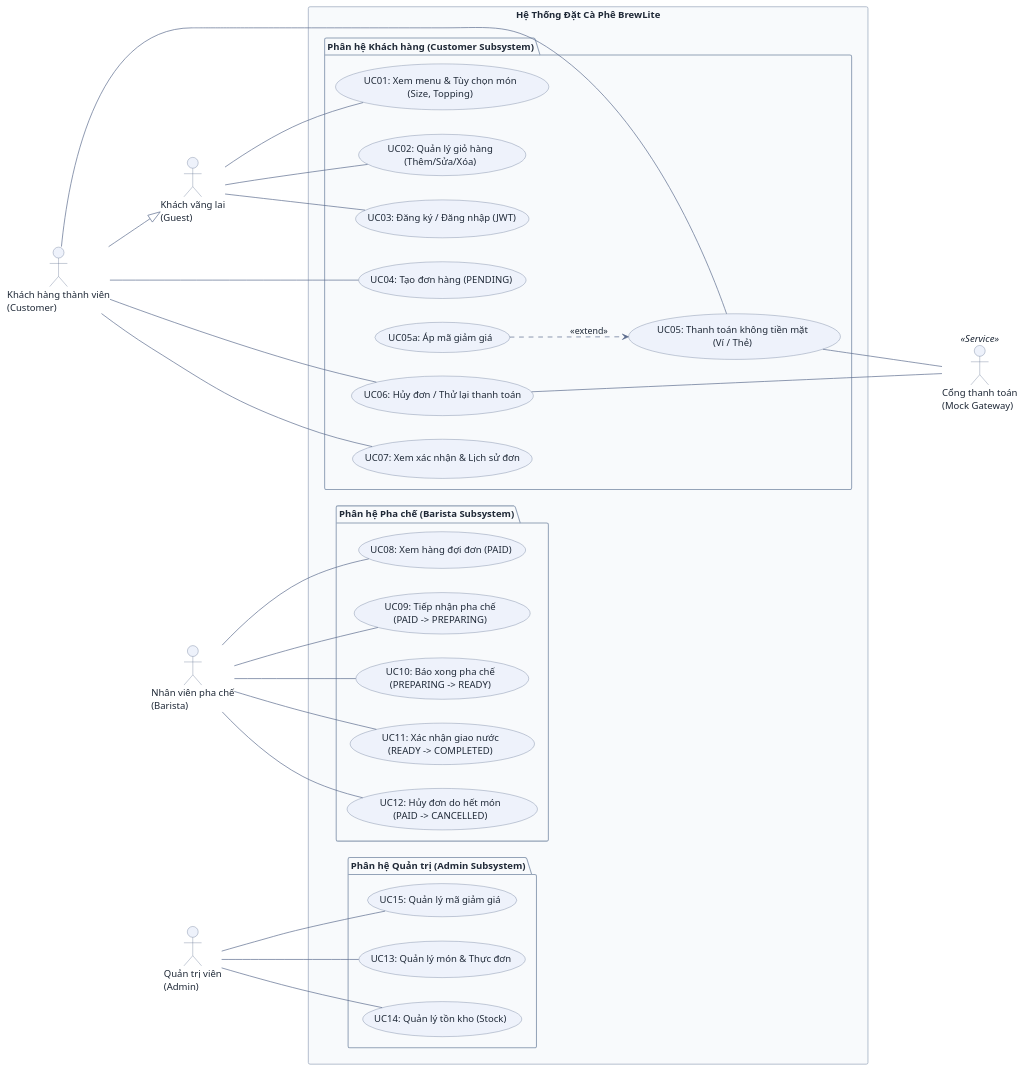
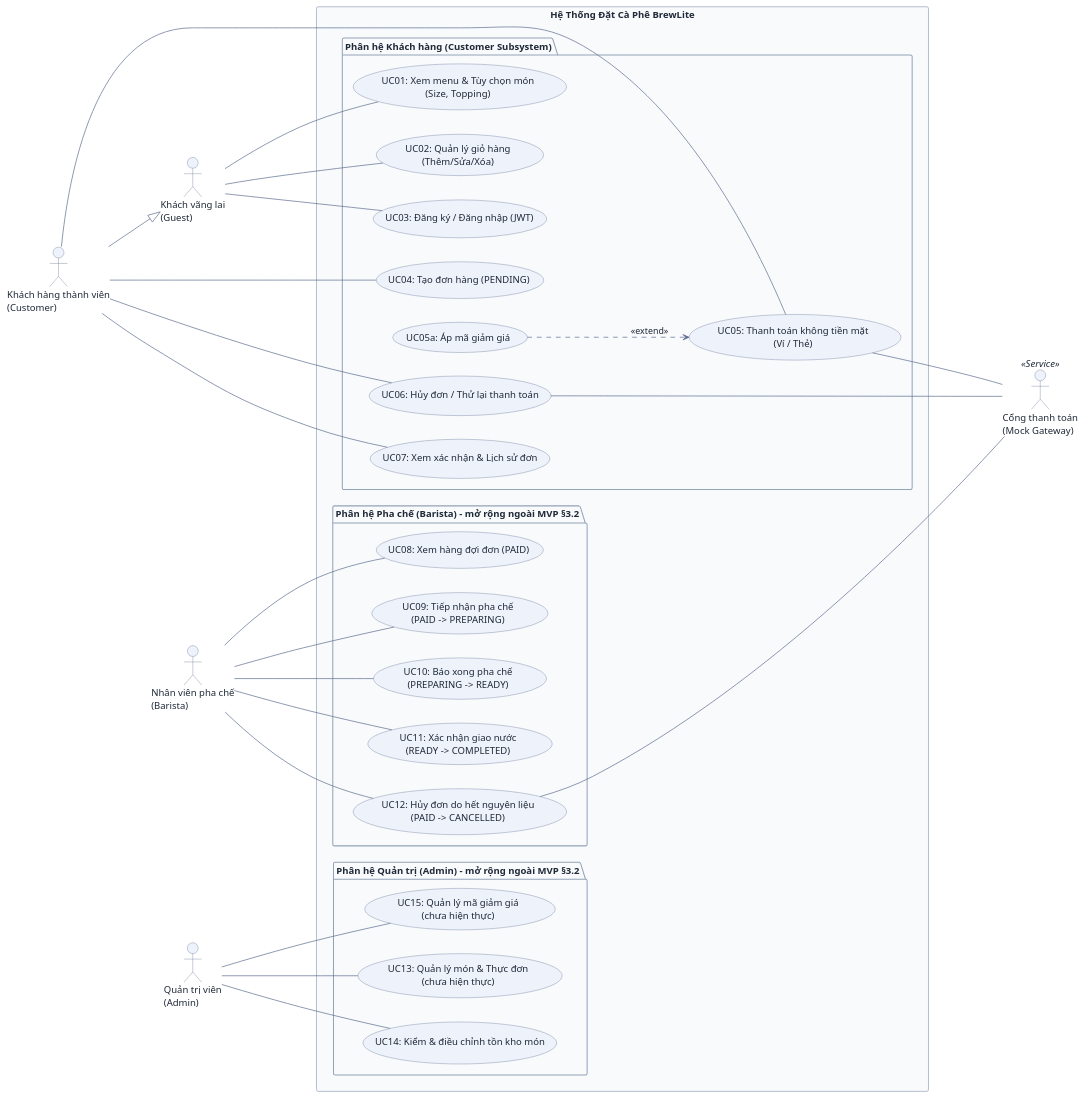
The first of 2 diagrams in docs/use-case-specifications.md (DuVinhLoi/BrewLite), drawn with PlantUML before and after one commit. The commit also changed other lines of this file and 4 other files, not shown here.

Commit message:
docs: dong bo Barista/Admin - use case goc (UC08-UC12, UC14 hien thuc; UC13, UC15 backlog), sequence §2.7 §2.8, so do trang thai

```diff
--- a/docs/use-case-specifications.md
+++ b/docs/use-case-specifications.md
@@ -73,19 +74,19 @@
   }
 
   ' --- PHÂN HỆ PHA CHẾ (BARISTA SUBSYSTEM) ---
-  package "Phân hệ Pha chế (Barista Subsystem)" {
+  package "Phân hệ Pha chế (Barista) – mở rộng ngoài MVP §3.2" {
     usecase "UC08: Xem hàng đợi đơn (PAID)" as UC08
     usecase "UC09: Tiếp nhận pha chế\n(PAID -> PREPARING)" as UC09
     usecase "UC10: Báo xong pha chế\n(PREPARING -> READY)" as UC10
     usecase "UC11: Xác nhận giao nước\n(READY -> COMPLETED)" as UC11
-    usecase "UC12: Hủy đơn do hết món\n(PAID -> CANCELLED)" as UC12
+    usecase "UC12: Hủy đơn do hết nguyên liệu\n(PAID -> CANCELLED)" as UC12
   }
 
   ' --- PHÂN HỆ QUẢN TRỊ (ADMIN SUBSYSTEM) ---
-  package "Phân hệ Quản trị (Admin Subsystem)" {
-    usecase "UC13: Quản lý món & Thực đơn" as UC13
-    usecase "UC14: Quản lý tồn kho (Stock)" as UC14
-    usecase "UC15: Quản lý mã giảm giá" as UC15
+  package "Phân hệ Quản trị (Admin) – mở rộng ngoài MVP §3.2" {
+    usecase "UC13: Quản lý món & Thực đơn\n(chưa hiện thực)" as UC13
+    usecase "UC14: Kiểm & điều chỉnh tồn kho món" as UC14
+    usecase "UC15: Quản lý mã giảm giá\n(chưa hiện thực)" as UC15
   }
 }
 
@@ -115,6 +116,7 @@
 ' --- KẾT NỐI CỔNG THANH TOÁN (GATEWAY) ---
 UC05 --- Gateway
 UC06 --- Gateway
+UC12 --- Gateway
 
 ' --- NHÂN VIÊN PHA CHẾ (BARISTA) ---
 Barista --- UC08
```
